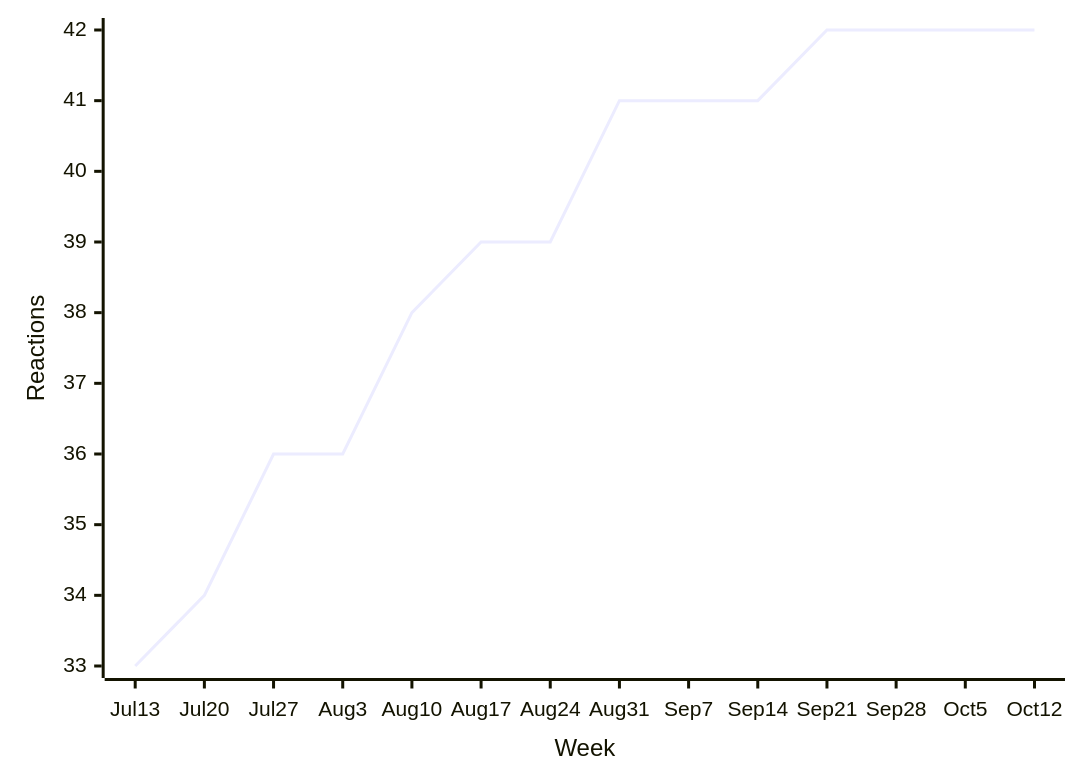
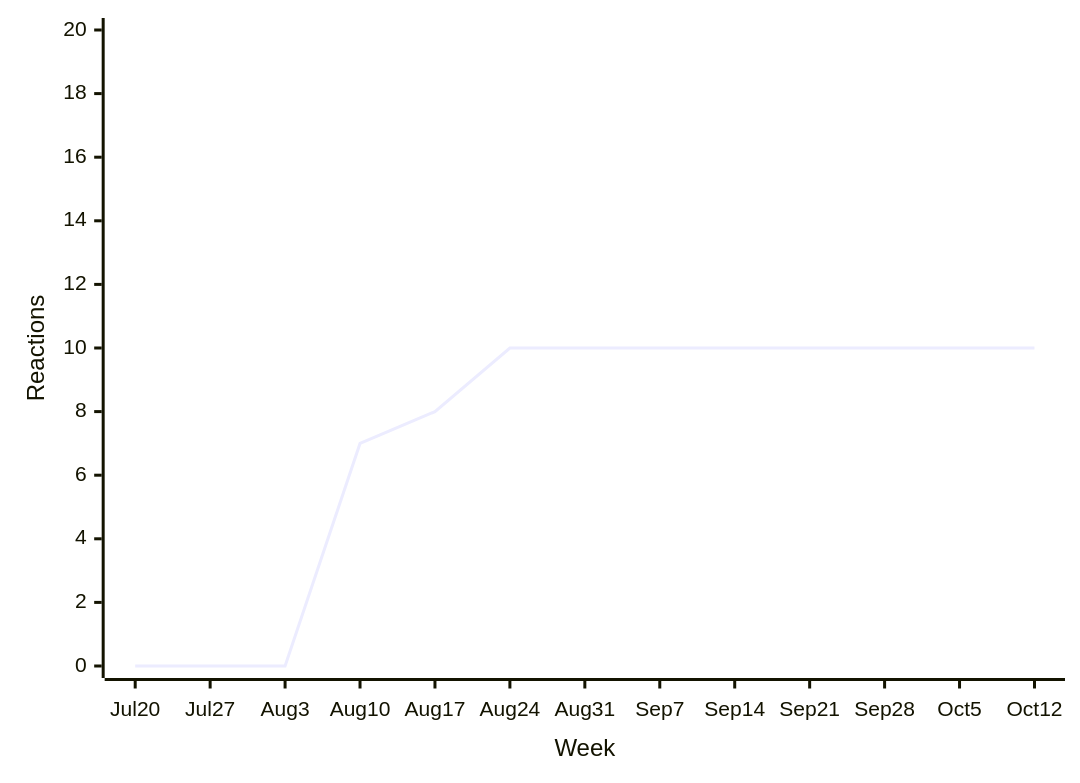
One commit to loic-sharma/github-insights changed diagram 16 of 38 in README.md. Above: the diagram before and after it, drawn with Mermaid. The commit also changed other lines of this file and 3 other files, not shown here.

````diff
--- a/README.md
+++ b/README.md
@@ -579,6 +579,6 @@
   ```mermaid
   xychart-beta
-    x-axis "Week" [Jul 13, Jul 20, Jul 27, Aug 3, Aug 10, Aug 17, Aug 24, Aug 31, Sep 7, Sep 14, Sep 21, Sep 28, Oct 5, Oct 12]
-    y-axis "Reactions"
-    line [33, 34, 36, 36, 38, 39, 39, 41, 41, 41, 42, 42, 42, 42]
+    x-axis "Week" [Jul 20, Jul 27, Aug 3, Aug 10, Aug 17, Aug 24, Aug 31, Sep 7, Sep 14, Sep 21, Sep 28, Oct 5, Oct 12]
+    y-axis "Reactions" 0 --> 20
+    line [0, 0, 0, 7, 8, 10, 10, 10, 10, 10, 10, 10, 10]
   ```
````
